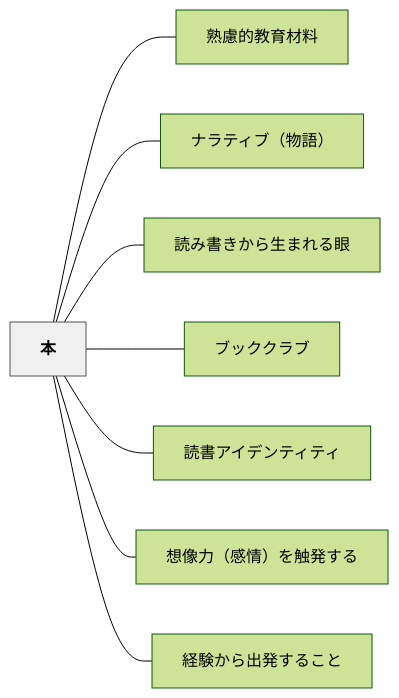
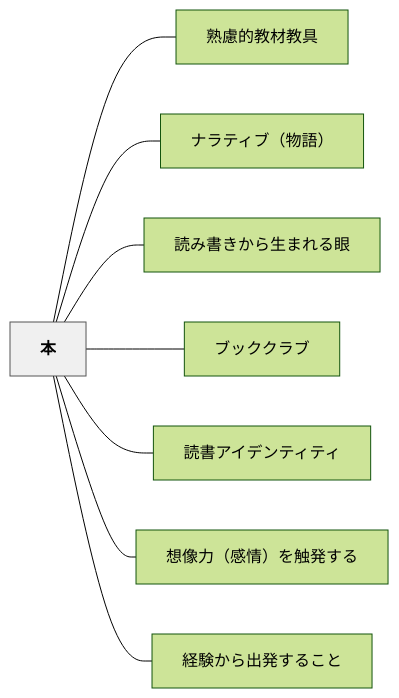
Before and after one commit to unknownthings-ed-patterns/unknownthings-ed-patterns: the diagram in content/パタン/本.md, drawn with Mermaid (forest theme). The commit also changed other lines of this file and 72 other files, not shown here.

````diff
--- a/content/パタン/本.md
+++ b/content/パタン/本.md
@@ -49,22 +49,22 @@
 ```mermaid
 flowchart LR
     ne69cac["本"]
-    ne7869fe685aee79a84e69599e882b2e69d90e69699["熟慮的教育材料"]
+    ne7869fe685aee79a84e69599e69d90e69599e585b7["熟慮的教材教具"]
     ne3838ae383a9e38386e382a3e38396efbc88e789a9e8aa9eefbc89["ナラティブ（物語）"]
     ne8aaade381bfe69bb8e3818de3818be38289e7949fe381bee3828ce3828be79cbc["読み書きから生まれる眼"]
     ne38396e38383e382afe382afe383a9e38396["ブッククラブ"]
     ne8aaade69bb8e382a2e382a4e38387e383b3e38386e382a3e38386e382a3["読書アイデンティティ"]
     ne683b3e5838fe58a9befbc88e6849fe68385efbc89e38292e8a7a6e799bae38199e3828b["想像力（感情）を触発する"]
     ne7b58ce9a893e3818be38289e587bae799bae38199e3828be38193e381a8["経験から出発すること"]
 
-    ne69cac --- ne7869fe685aee79a84e69599e882b2e69d90e69699
+    ne69cac --- ne7869fe685aee79a84e69599e69d90e69599e585b7
     ne69cac --- ne3838ae383a9e38386e382a3e38396efbc88e789a9e8aa9eefbc89
     ne69cac --- ne8aaade381bfe69bb8e3818de3818be38289e7949fe381bee3828ce3828be79cbc
     ne69cac --- ne38396e38383e382afe382afe383a9e38396
     ne69cac --- ne8aaade69bb8e382a2e382a4e38387e383b3e38386e382a3e38386e382a3
     ne69cac --- ne683b3e5838fe58a9befbc88e6849fe68385efbc89e38292e8a7a6e799bae38199e3828b
     ne69cac --- ne7b58ce9a893e3818be38289e587bae799bae38199e3828be38193e381a8
 
     classDef hub fill:#f0f0f0,stroke:#555,color:#000,font-weight:bold
     class ne69cac hub
 ```
````
